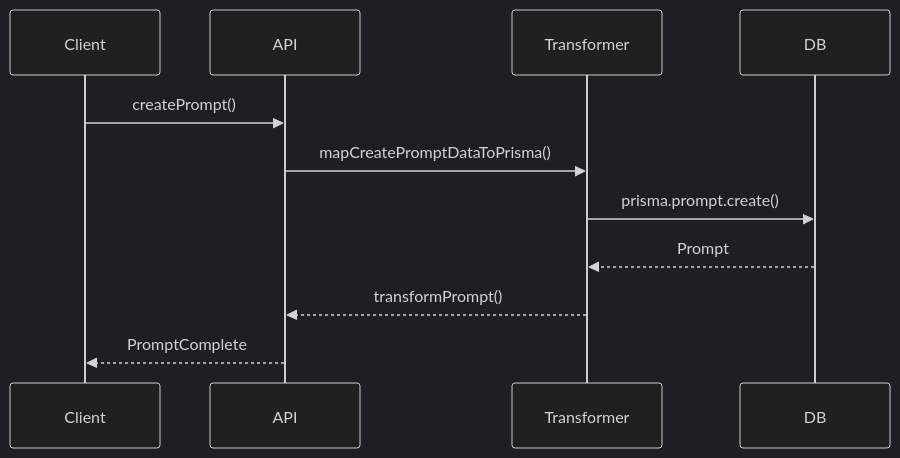
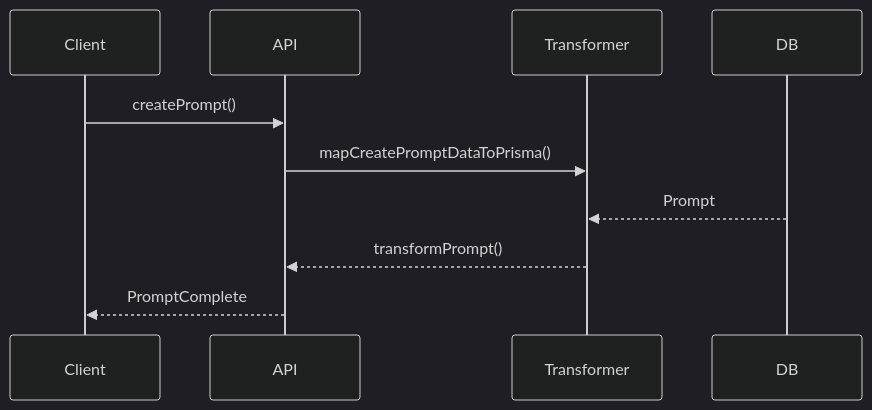
Before and after one commit to gvastethecreator/media-manager: the second of 2 diagrams in src/types/entities/prompt/documentation.md, drawn with Mermaid (dark theme). The commit also changed 176 other files, not shown here.

````diff
--- a/src/types/entities/prompt/documentation.md
+++ b/src/types/entities/prompt/documentation.md
@@ -70,13 +70,13 @@
 ```mermaid
 sequenceDiagram
     participant Client
     participant API
     participant Transformer
     participant DB
     Client->>API: createPrompt()
     API->>Transformer: mapCreatePromptDataToPrisma()
-    Transformer->>DB: prisma.prompt.create()
+    
     DB-->>Transformer: Prompt
     Transformer-->>API: transformPrompt()
     API-->>Client: PromptComplete
 ```
````
